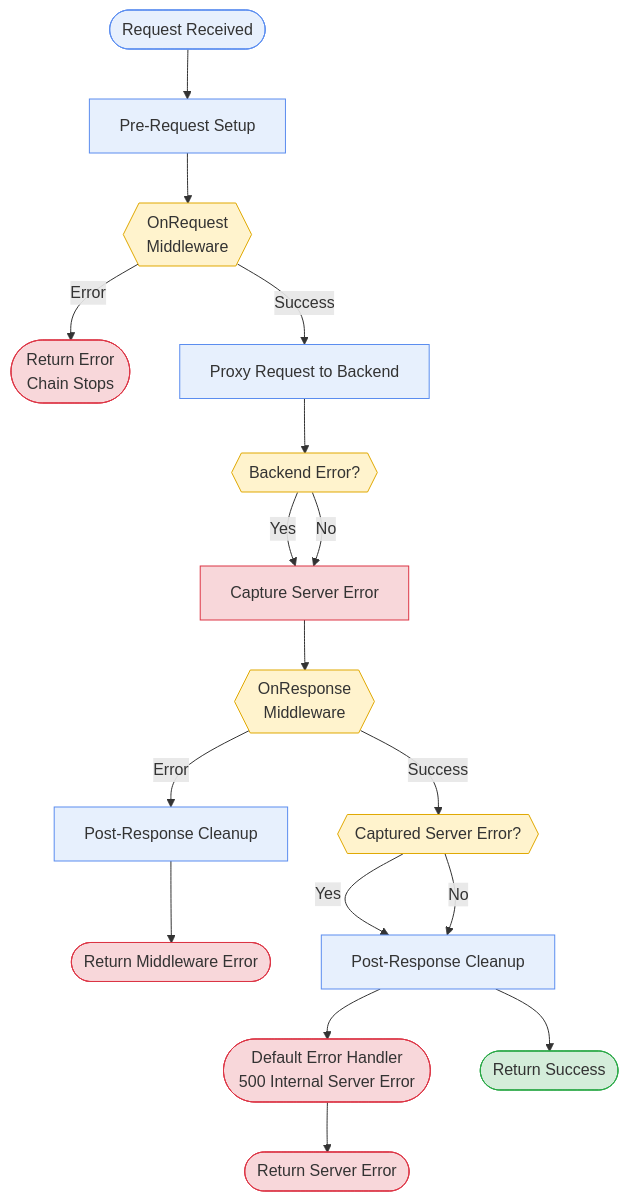
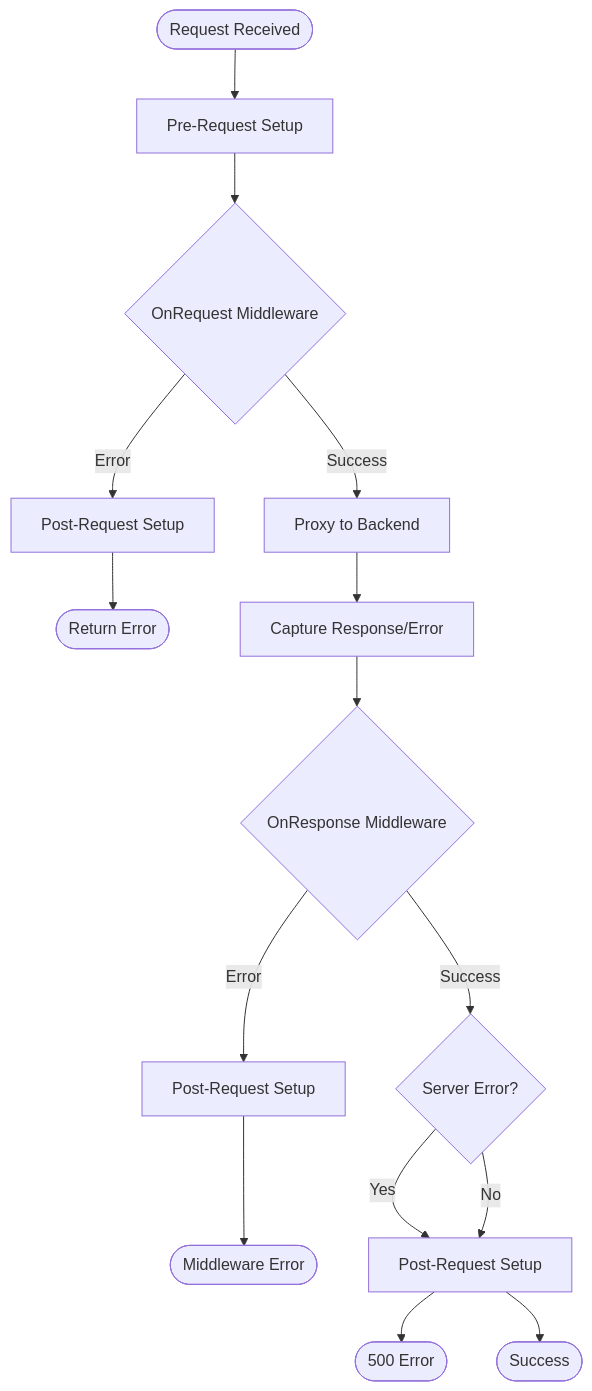
Before and after one commit to aaydin-tr/divisor: the diagram in README.md, drawn with Mermaid. The commit also changed other lines of this file, not shown here.

````diff
--- a/README.md
+++ b/README.md
@@ -228,28 +230,17 @@
 ```mermaid
 flowchart TD
-    %% STYLE
-    classDef step fill:#e7f0fd,stroke:#5b8def,stroke-width:1px;
-    classDef decision fill:#fff3cd,stroke:#e0a800,stroke-width:1px;
-    classDef terminus fill:#d4edda,stroke:#28a745,stroke-width:1px;
-    classDef error fill:#f8d7da,stroke:#dc3545,stroke-width:1px;
-
-    Start([Request Received]):::step --> PreReq[Pre-Request Setup]:::step
-    PreReq --> OnReq{{OnRequest<br>Middleware}}:::decision
-
-    OnReq -- Error --> ReturnErr([Return Error<br>Chain Stops]):::error
-    OnReq -- Success --> Proxy[Proxy Request to Backend]:::step
-
-    Proxy --> ProxyResult{{Backend Error?}}:::decision
-    ProxyResult -- Yes --> CaptureErr[Capture Server Error]:::error
-    ProxyResult -- No --> CaptureErr
-
-    CaptureErr --> OnRes{{OnResponse<br>Middleware}}:::decision
-
-    OnRes -- Error --> MwCleanup[Post-Response Cleanup]:::step --> ReturnMwErr([Return Middleware Error]):::error
-
-    OnRes -- Success --> CheckServerErr{{Captured Server Error?}}:::decision
-
-    CheckServerErr -- Yes --> ErrCleanup[Post-Response Cleanup]:::step --> DefaultErr([Default Error Handler<br>500 Internal Server Error]):::error --> ReturnServerErr([Return Server Error]):::error
-
-    CheckServerErr -- No --> ErrCleanup[Post-Response Cleanup]:::step --> ReturnOK([Return Success]):::terminus
+    Start([Request Received]) --> PreReq[Pre-Request Setup]
+    PreReq --> OnReq{OnRequest Middleware}
+    
+    OnReq -->|Error| PostRes[Post-Request Setup] --> ReturnErr([Return Error])
+    OnReq -->|Success| Proxy[Proxy to Backend]
+    
+    Proxy --> CaptureErr[Capture Response/Error]
+    CaptureErr --> OnRes{OnResponse Middleware}
+    
+    OnRes -->|Error| Cleanup1[Post-Request Setup] --> ReturnMwErr([Middleware Error])
+    OnRes -->|Success| CheckErr{Server Error?}
+    
+    CheckErr -->|Yes| Cleanup2[Post-Request Setup] --> ReturnServerErr([500 Error])
+    CheckErr -->|No| Cleanup2[Post-Request Setup] --> ReturnOK([Success])
 ```
````
